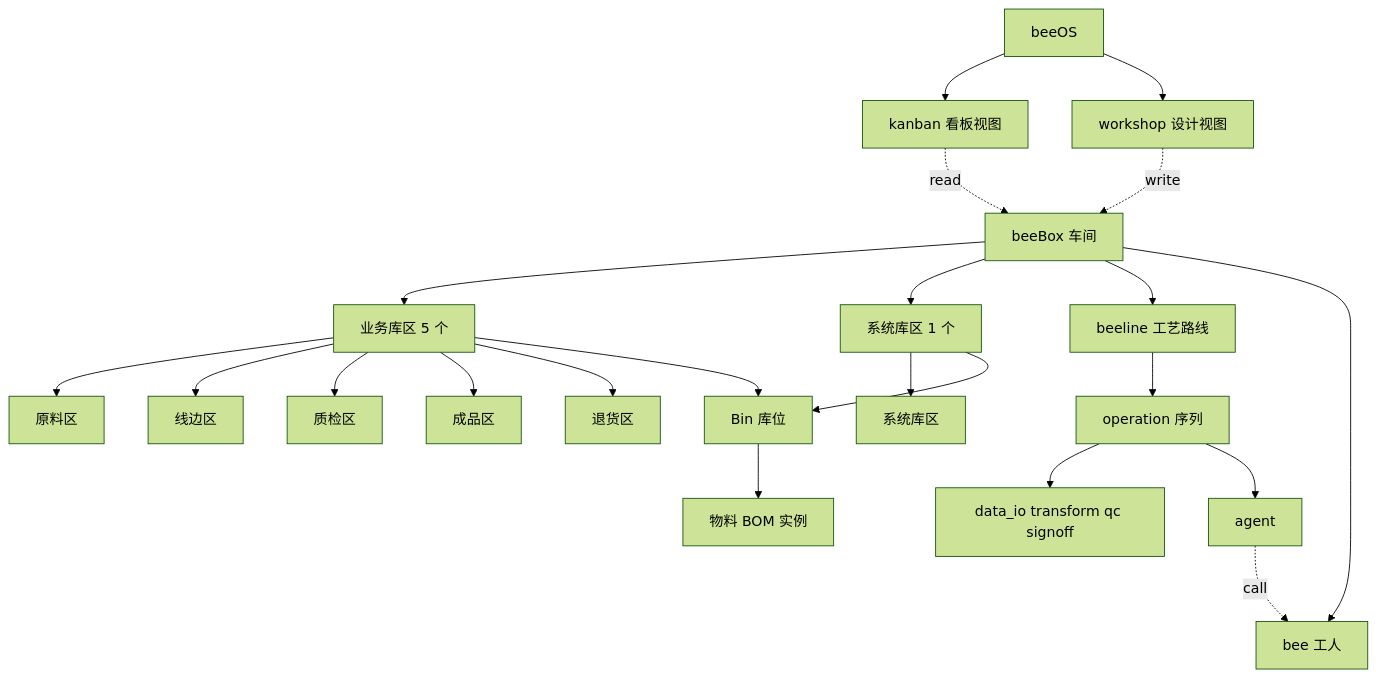
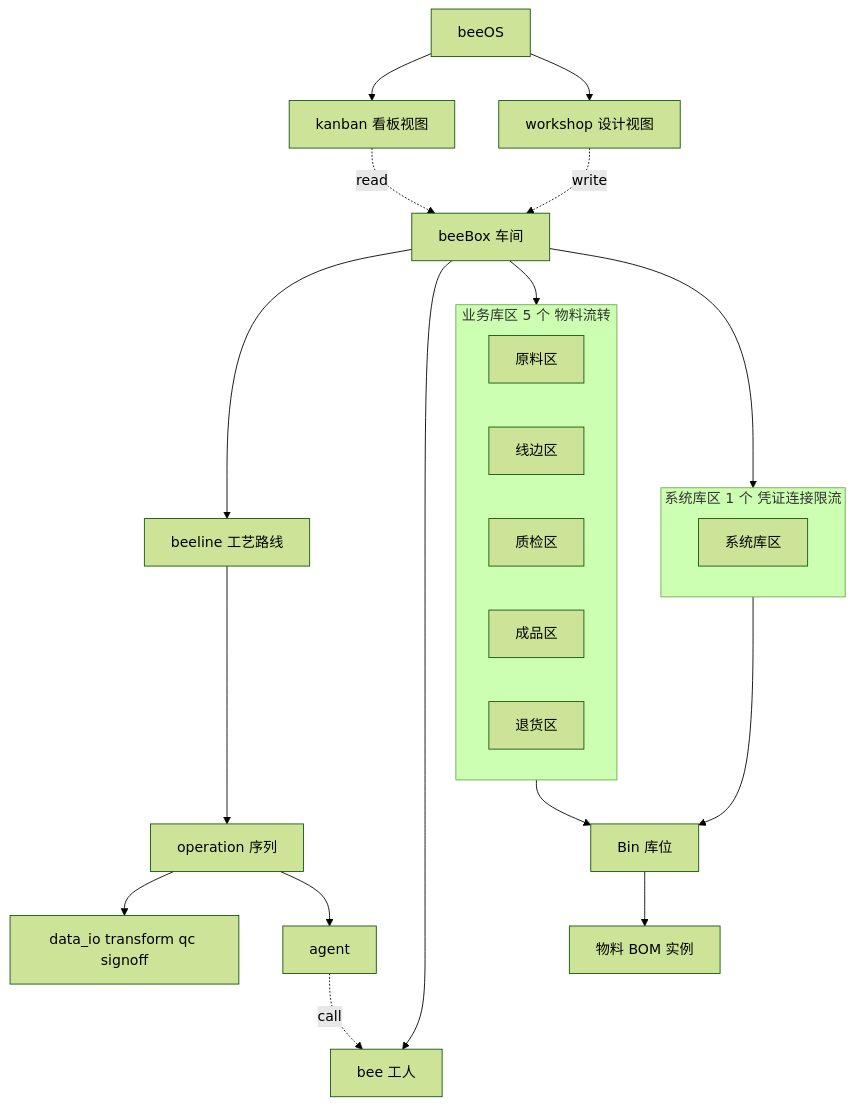
One commit to chehuizi/beeOS changed the first of 4 diagrams in docs/architecture/kernel-design.md. Above: the diagram before and after it, drawn with Mermaid (forest theme). The commit also changed other lines of this file, not shown here.

Commit message:
docs: §1 / §4 恢复 subgraph 分组显示——业务库区 5 个圈一起, 系统库区 1 个圈一起
之前 1721d20 用的就是 subgraph 分组（视觉清爽），commit a4fe97f 之后担心 GitHub
渲染兼容问题去掉了。我重写时（7a1e070）也继续去 subgraph。现在恢复 subgraph，
但用最稳语法：subgraph ID 全英文 (biz / sys)，label 不用中文括号/逗号
（'业务库区 5 个 物料流转' 这种纯文本）。

````diff
--- a/docs/architecture/kernel-design.md
+++ b/docs/architecture/kernel-design.md
@@ -16,44 +16,42 @@
 ```mermaid
 flowchart TB
   beeOS["beeOS"]
   kanban["kanban 看板视图"]
   workshop["workshop 设计视图"]
   beeBox["beeBox 车间"]
   bins["Bin 库位"]
   materials["物料 BOM 实例"]
   beeline["beeline 工艺路线"]
   operations["operation 序列"]
   opBasic["data_io transform qc signoff"]
   opAgent["agent"]
   bee["bee 工人"]
-  bizZones["业务库区 5 个"]
-  sysZones["系统库区 1 个"]
-  raw["原料区"]
-  line["线边区"]
-  qc["质检区"]
-  finished["成品区"]
-  ret["退货区"]
-  system["系统库区"]
+
+  subgraph biz["业务库区 5 个 物料流转"]
+    raw["原料区"]
+    line["线边区"]
+    qc["质检区"]
+    finished["成品区"]
+    ret["退货区"]
+  end
+
+  subgraph sys["系统库区 1 个 凭证连接限流"]
+    system["系统库区"]
+  end
 
   beeOS --> kanban
   beeOS --> workshop
   kanban -. read .-> beeBox
   workshop -. write .-> beeBox
-  beeBox --> bizZones
-  beeBox --> sysZones
-  bizZones --> raw
-  bizZones --> line
-  bizZones --> qc
-  bizZones --> finished
-  bizZones --> ret
-  sysZones --> system
-  bizZones --> bins
-  sysZones --> bins
+  beeBox --> biz
+  beeBox --> sys
+  biz --> bins
+  sys --> bins
   bins --> materials
   beeBox --> beeline
   beeBox --> bee
   beeline --> operations
   operations --> opBasic
   operations --> opAgent
   opAgent -. call .-> bee
 ```
````
